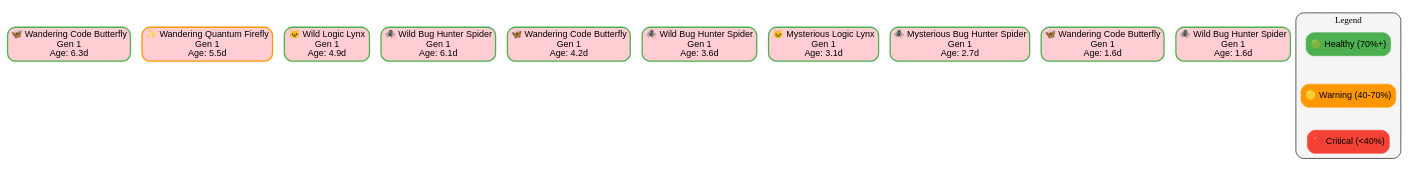
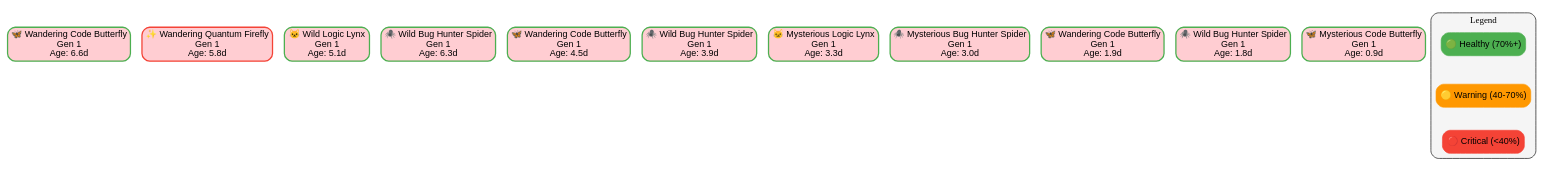
The diagram in .ecosystem/visualizations/family_tree.dot (batmac/digital-ecosystem), drawn with Graphviz before and after one commit. The commit also changed 7 other files, not shown here.

```diff
--- a/.ecosystem/visualizations/family_tree.dot
+++ b/.ecosystem/visualizations/family_tree.dot
@@ -1,93 +1,100 @@
 
 digraph EcosystemFamilyTree {
     rankdir=TB;
     node [shape=box, style="rounded,filled", fontname="Arial"];
     edge [fontname="Arial"];
     
     // Style pour différentes générations
     node [fillcolor="#E3F2FD"];
 
         "code_butterfly_1753392858_5357" [
-            label="🦋 Wandering Code Butterfly\nGen 1\nAge: 6.3d",
+            label="🦋 Wandering Code Butterfly\nGen 1\nAge: 6.6d",
             fillcolor="#FFCDD2",
             color="#4CAF50",
             penwidth=2
         ];
     
         "quantum_firefly_1753393678_6656" [
-            label="✨ Wandering Quantum Firefly\nGen 1\nAge: 5.5d",
+            label="✨ Wandering Quantum Firefly\nGen 1\nAge: 5.8d",
             fillcolor="#FFCDD2",
-            color="#FF9800",
+            color="#F44336",
             penwidth=2
         ];
     
         "logic_lynx_1753394863_7694" [
-            label="🐱 Wild Logic Lynx\nGen 1\nAge: 4.9d",
+            label="🐱 Wild Logic Lynx\nGen 1\nAge: 5.1d",
             fillcolor="#FFCDD2",
             color="#4CAF50",
             penwidth=2
         ];
     
         "bug_hunter_spider_1753395214_1998" [
-            label="🕷️ Wild Bug Hunter Spider\nGen 1\nAge: 6.1d",
+            label="🕷️ Wild Bug Hunter Spider\nGen 1\nAge: 6.3d",
             fillcolor="#FFCDD2",
             color="#4CAF50",
             penwidth=2
         ];
     
         "code_butterfly_1753397153_5909" [
-            label="🦋 Wandering Code Butterfly\nGen 1\nAge: 4.2d",
+            label="🦋 Wandering Code Butterfly\nGen 1\nAge: 4.5d",
             fillcolor="#FFCDD2",
             color="#4CAF50",
             penwidth=2
         ];
     
         "bug_hunter_spider_1753401059_2910" [
-            label="🕷️ Wild Bug Hunter Spider\nGen 1\nAge: 3.6d",
+            label="🕷️ Wild Bug Hunter Spider\nGen 1\nAge: 3.9d",
             fillcolor="#FFCDD2",
             color="#4CAF50",
             penwidth=2
         ];
     
         "logic_lynx_1753403721_9188" [
-            label="🐱 Mysterious Logic Lynx\nGen 1\nAge: 3.1d",
+            label="🐱 Mysterious Logic Lynx\nGen 1\nAge: 3.3d",
             fillcolor="#FFCDD2",
             color="#4CAF50",
             penwidth=2
         ];
     
         "bug_hunter_spider_1753404040_5672" [
-            label="🕷️ Mysterious Bug Hunter Spider\nGen 1\nAge: 2.7d",
+            label="🕷️ Mysterious Bug Hunter Spider\nGen 1\nAge: 3.0d",
             fillcolor="#FFCDD2",
             color="#4CAF50",
             penwidth=2
         ];
     
         "code_butterfly_1753404111_1732" [
-            label="🦋 Wandering Code Butterfly\nGen 1\nAge: 1.6d",
+            label="🦋 Wandering Code Butterfly\nGen 1\nAge: 1.9d",
             fillcolor="#FFCDD2",
             color="#4CAF50",
             penwidth=2
         ];
     
         "bug_hunter_spider_1753417286_4988" [
-            label="🕷️ Wild Bug Hunter Spider\nGen 1\nAge: 1.6d",
+            label="🕷️ Wild Bug Hunter Spider\nGen 1\nAge: 1.8d",
+            fillcolor="#FFCDD2",
+            color="#4CAF50",
+            penwidth=2
+        ];
+    
+        "code_butterfly_1753431031_8187" [
+            label="🦋 Mysterious Code Butterfly\nGen 1\nAge: 0.9d",
             fillcolor="#FFCDD2",
             color="#4CAF50",
             penwidth=2
         ];
     
     
     // Légende
     subgraph cluster_legend {
         label="Legend";
         style="rounded,filled";
         fillcolor="#F5F5F5";
         
         legend1 [label="🟢 Healthy (70%+)", fillcolor="#4CAF50", color="#4CAF50"];
         legend2 [label="🟡 Warning (40-70%)", fillcolor="#FF9800", color="#FF9800"];
         legend3 [label="🔴 Critical (<40%)", fillcolor="#F44336", color="#F44336"];
         
         legend1 -> legend2 -> legend3 [style=invis];
     }
 }
```
